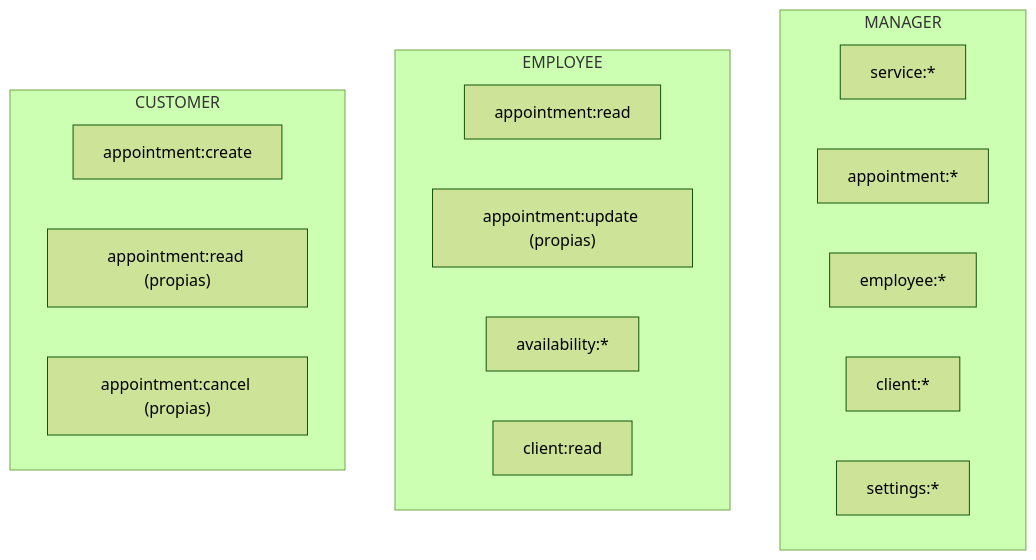
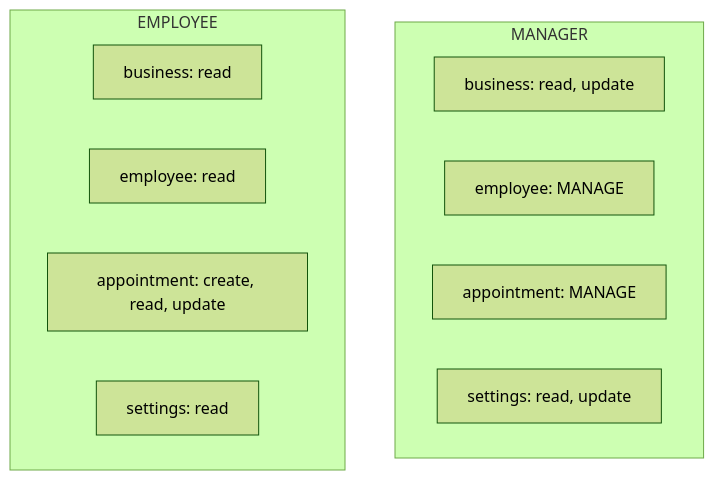
One commit to lehi10/tuagenda changed the third of 6 diagrams in docs/docs/flows/authorization.md. Above: the diagram before and after it, drawn with Mermaid (forest theme). The commit also changed other lines of this file and 10 other files, not shown here.

````diff
--- a/docs/docs/flows/authorization.md
+++ b/docs/docs/flows/authorization.md
@@ -99,23 +138,16 @@
 ```mermaid
 flowchart TB
     subgraph MANAGER["MANAGER"]
-        M1["service:*"]
-        M2["appointment:*"]
-        M3["employee:*"]
-        M4["client:*"]
-        M5["settings:*"]
+        M1["business: read, update"]
+        M2["employee: MANAGE"]
+        M3["appointment: MANAGE"]
+        M4["settings: read, update"]
     end
 
     subgraph EMPLOYEE["EMPLOYEE"]
-        E1["appointment:read"]
-        E2["appointment:update (propias)"]
-        E3["availability:*"]
-        E4["client:read"]
-    end
-
-    subgraph CUSTOMER["CUSTOMER"]
-        C1["appointment:create"]
-        C2["appointment:read (propias)"]
-        C3["appointment:cancel (propias)"]
+        E1["business: read"]
+        E2["employee: read"]
+        E3["appointment: create, read, update"]
+        E4["settings: read"]
     end
 ```
````
